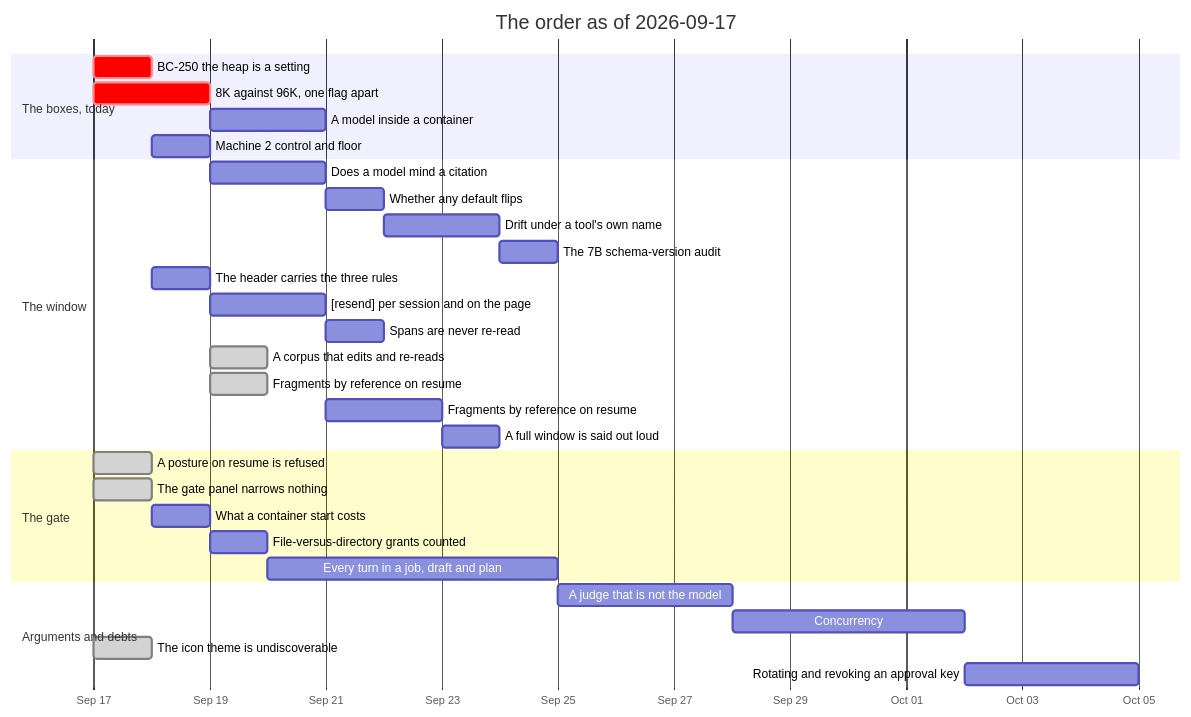
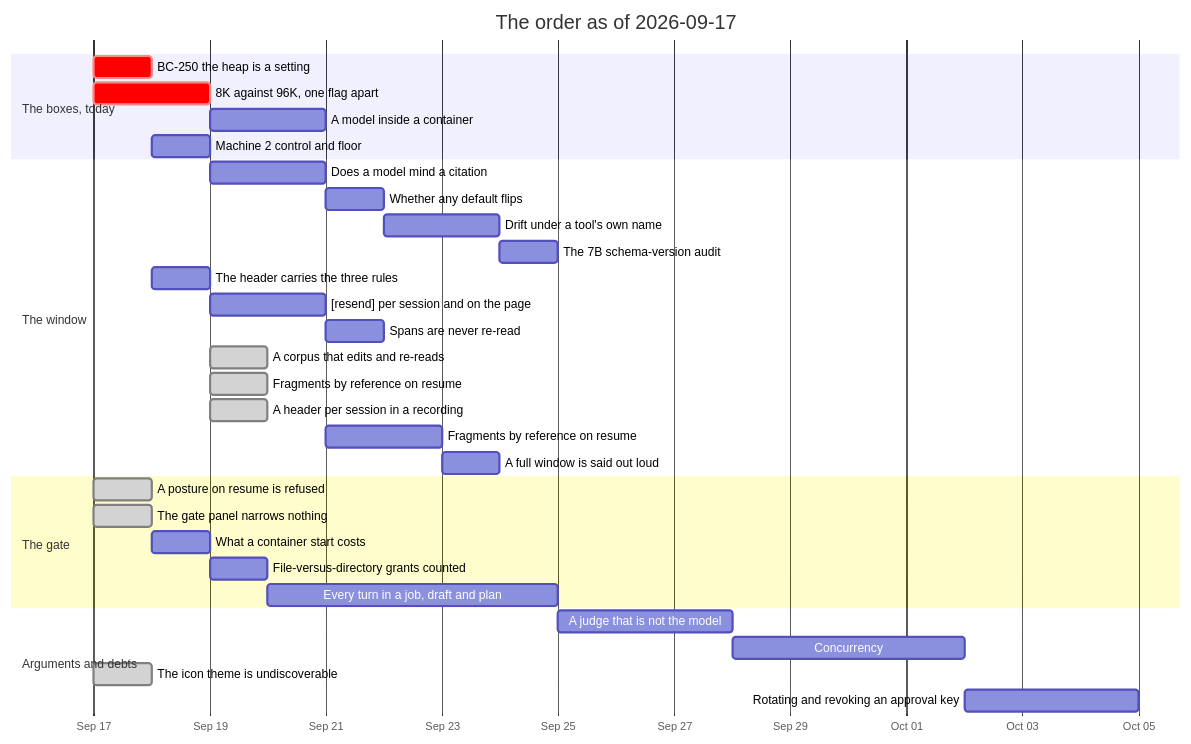
Before and after one commit to jgermade/luu: the diagram in ROADMAP/2026-09-17/README.md, drawn with Mermaid. The commit also changed other lines of this file and 6 other files, not shown here.

````diff
--- a/ROADMAP/2026-09-17/README.md
+++ b/ROADMAP/2026-09-17/README.md
@@ -149,34 +149,35 @@
 ```mermaid
 gantt
     title The order as of 2026-09-17
     dateFormat YYYY-MM-DD
     axisFormat %b %d
     section The boxes, today
     BC-250 the heap is a setting           :crit, gtt, 2026-09-17, 1d
     8K against 96K, one flag apart         :crit, ctx, 2026-09-17, 2d
     A model inside a container             :ctr, after ctx, 2d
     Machine 2 control and floor            :m2, after gtt, 1d
     section The window
     Does a model mind a citation           :cite, after ctx, 2d
     Whether any default flips              :flip, after cite, 1d
     Drift under a tool's own name          :drift, after flip, 2d
     The 7B schema-version audit            :audit, after drift, 1d
     The header carries the three rules     :hdr, 2026-09-18, 1d
     [resend] per session and on the page   :resend, after hdr, 2d
     Spans are never re-read                :stale, after resend, 1d
     A corpus that edits and re-reads       :done, corpus, 2026-09-19, 1d
     Fragments by reference on resume       :done, frag2, 2026-09-19, 1d
+    A header per session in a recording    :done, hdr2, 2026-09-19, 1d
     Fragments by reference on resume       :frag, after resend, 2d
     A full window is said out loud         :full, after frag, 1d
     section The gate
     A posture on resume is refused         :done, posture, 2026-09-17, 1d
     The gate panel narrows nothing         :done, panel, 2026-09-17, 1d
     What a container start costs           :cost, after panel, 1d
     File-versus-directory grants counted   :grants, after cost, 1d
     Every turn in a job, draft and plan    :jobs, after grants, 5d
     section Arguments and debts
     A judge that is not the model          :judge, after audit, 3d
     Concurrency                            :conc, after judge, 4d
     The icon theme is undiscoverable       :done, icon, 2026-09-17, 1d
     Rotating and revoking an approval key  :keys, after conc, 3d
 ```
````
